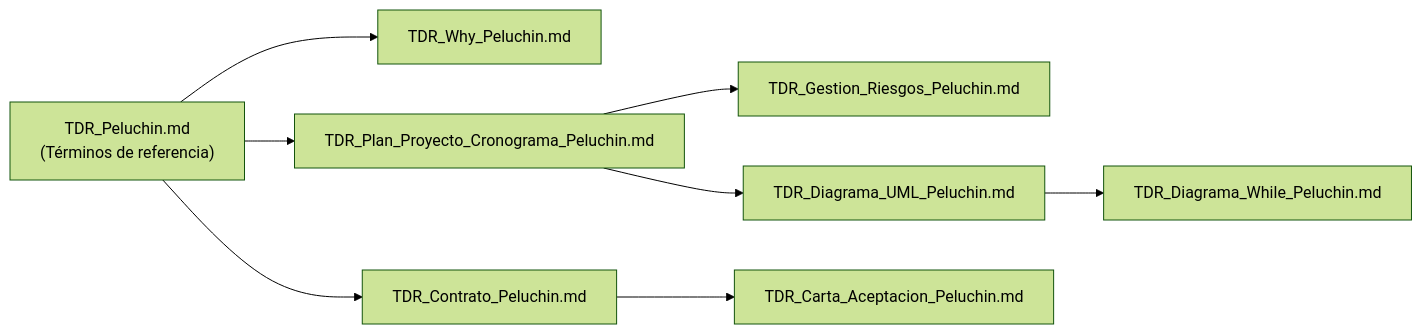
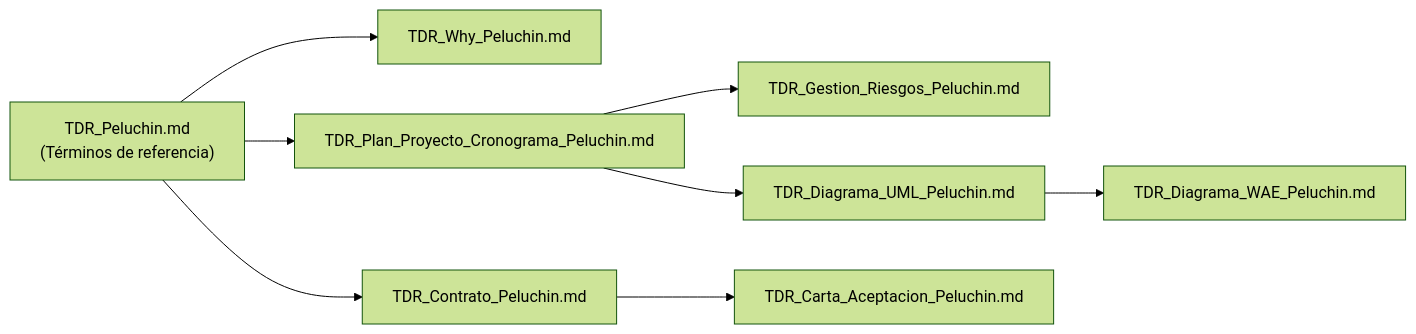
One commit to TrynaFindMimi/gestion-proyectos changed the diagram in docs/README.md. Above: the diagram before and after it, drawn with Mermaid (forest theme). The commit also changed other lines of this file and 1 other file, not shown here.

Commit message:
Correccion de while a WAE

````diff
--- a/docs/README.md
+++ b/docs/README.md
@@ -32,10 +32,10 @@
 ```mermaid
 flowchart LR
     TDR["TDR_Peluchin.md<br/>(Términos de referencia)"] --> WHY["TDR_Why_Peluchin.md"]
     TDR --> PLAN["TDR_Plan_Proyecto_Cronograma_Peluchin.md"]
     PLAN --> RIESGO["TDR_Gestion_Riesgos_Peluchin.md"]
     TDR --> CONTRATO["TDR_Contrato_Peluchin.md"]
     CONTRATO --> CARTA["TDR_Carta_Aceptacion_Peluchin.md"]
     PLAN --> UML["TDR_Diagrama_UML_Peluchin.md"]
-    UML --> WHILE["TDR_Diagrama_While_Peluchin.md"]
+    UML --> WAE["TDR_Diagrama_WAE_Peluchin.md"]
 ```
````
